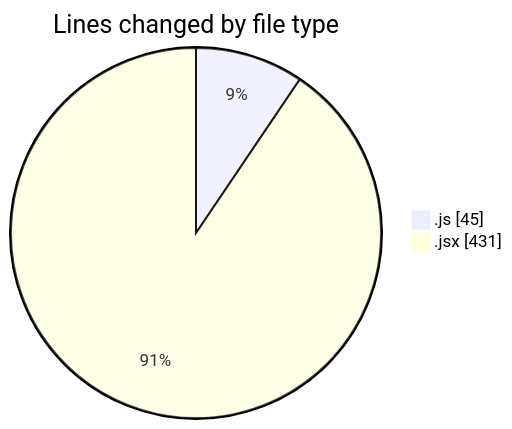
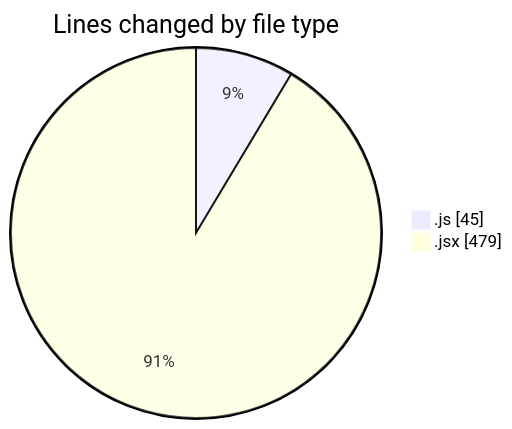
The first of 2 diagrams in 2025-06-07/nxtqube_webapp/README.md (nxtqubesakshisongat/code-tracking), drawn with Mermaid before and after one commit. The commit also changed other lines of this file and 1 other file, not shown here.

````diff
--- a/2025-06-07/nxtqube_webapp/README.md
+++ b/2025-06-07/nxtqube_webapp/README.md
@@ -21,6 +21,6 @@
 ```mermaid
 pie showData
 title Lines changed by file type
 ".js" : 45
-".jsx" : 431
+".jsx" : 479
 ```
````
